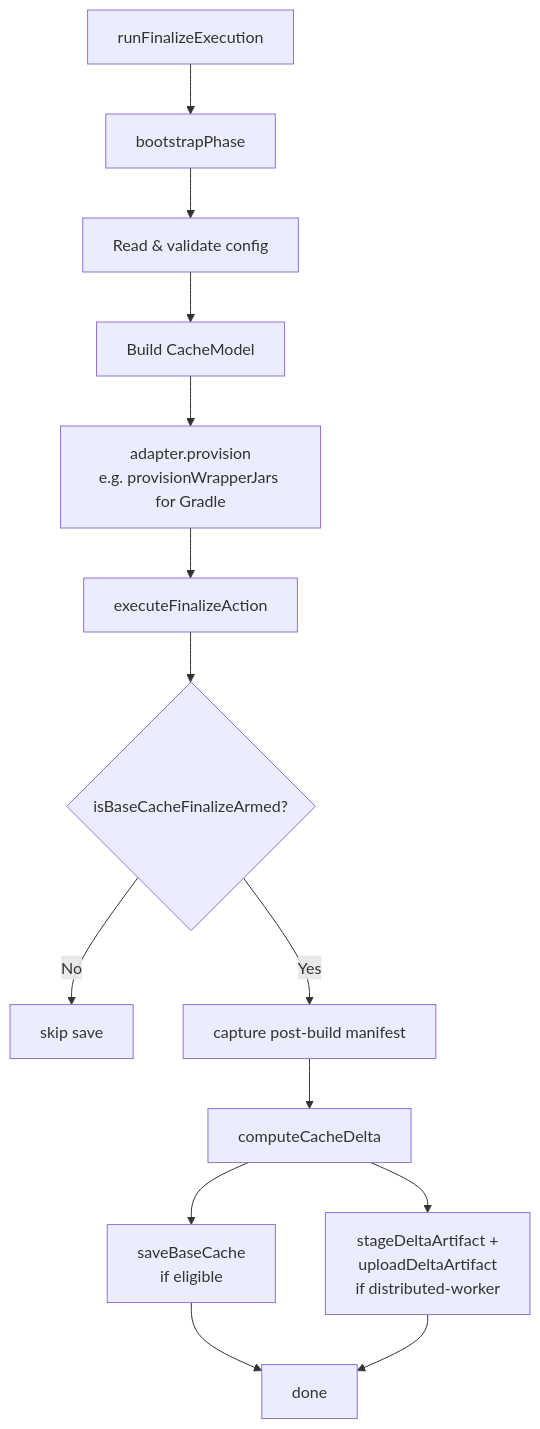
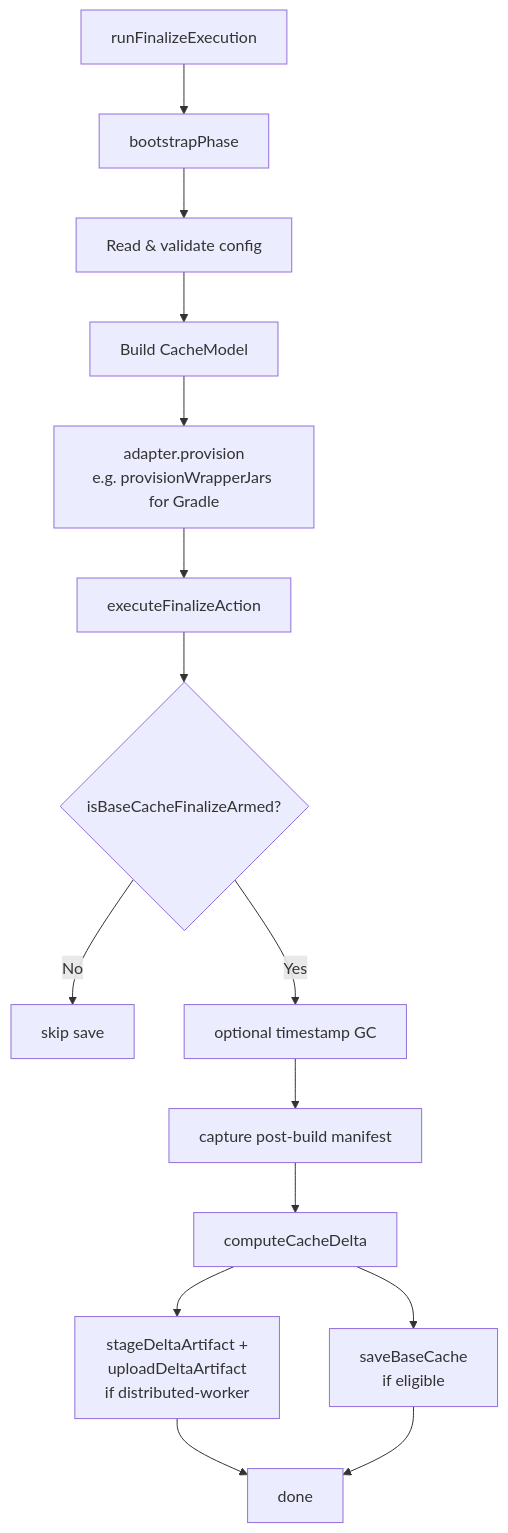
Before and after one commit to buildish-tooling/buildish-mammoth-cache: the second of 2 diagrams in docs/architecture/bootstrap.md, drawn with Mermaid. The commit also changed other lines of this file and 16 other files, not shown here.

Commit message:
Run timestamp cache GC during finalize

````diff
--- a/docs/architecture/bootstrap.md
+++ b/docs/architecture/bootstrap.md
@@ -80,16 +79,17 @@
 ```mermaid
 flowchart TD
     A[runFinalizeExecution] --> B[bootstrapPhase]
     B --> C[Read & validate config]
     C --> D[Build CacheModel]
     D --> E[adapter.provision\ne.g. provisionWrapperJars for Gradle]
     E --> F[executeFinalizeAction]
     F --> G{isBaseCacheFinalizeArmed?}
     G -- No --> Z1[skip save]
-    G -- Yes --> H[capture post-build manifest]
-    H --> I[computeCacheDelta]
-    I --> J[saveBaseCache\nif eligible]
-    I --> K[stageDeltaArtifact +\nuploadDeltaArtifact\nif distributed-worker]
-    J --> Z2[done]
-    K --> Z2
+    G -- Yes --> H[optional timestamp GC]
+    H --> I[capture post-build manifest]
+    I --> J[computeCacheDelta]
+    J --> K[stageDeltaArtifact +\nuploadDeltaArtifact\nif distributed-worker]
+    J --> L[saveBaseCache\nif eligible]
+    K --> Z2[done]
+    L --> Z2
 ```
````
